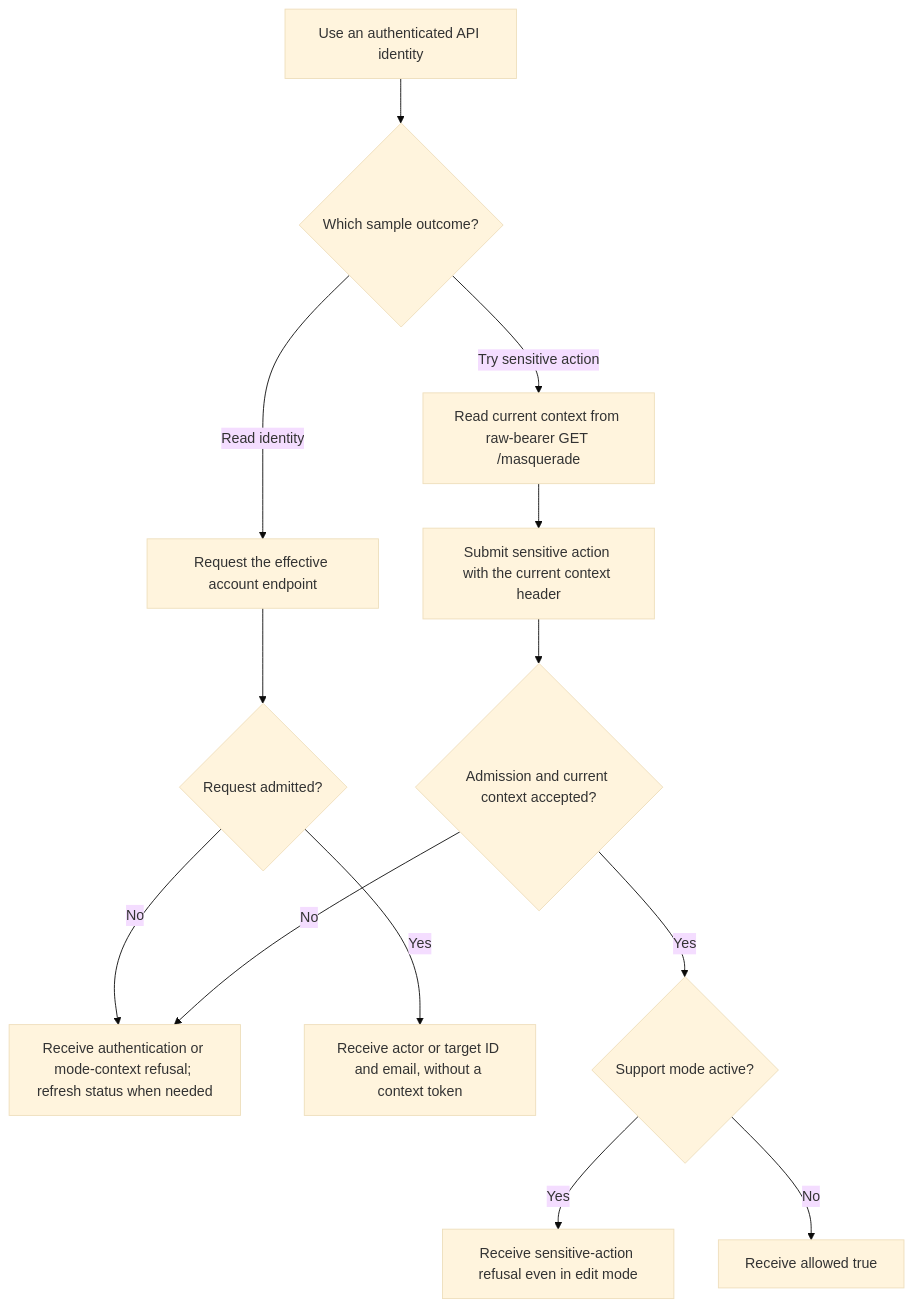
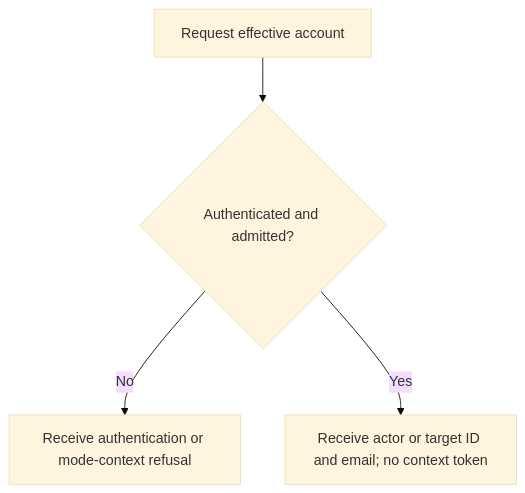
The first of 2 diagrams in user-stories/api/us-api-22-read-masquerade-sample.md (Kevinjohn/oss-adonisjs-starter-examples), drawn with Mermaid (base theme) before and after one commit. The commit also changed other lines of this file and 8 other files, not shown here.

````diff
--- a/user-stories/api/us-api-22-read-masquerade-sample.md
+++ b/user-stories/api/us-api-22-read-masquerade-sample.md
@@ -21,15 +20,6 @@
 ```mermaid
 flowchart TD
-    A["Use an authenticated API identity"] --> B{"Which sample outcome?"}
-    B -->|Read identity| C["Request the effective account endpoint"]
-    C --> D{"Request admitted?"}
-    D -->|No| E["Receive authentication or mode-context refusal; refresh status when needed"]
-    D -->|Yes| F["Receive actor or target ID and email, without a context token"]
-    B -->|Try sensitive action| G["Read current context from raw-bearer GET /masquerade"]
-    G --> H["Submit sensitive action with the current context header"]
-    H --> I{"Admission and current context accepted?"}
-    I -->|No| E
-    I -->|Yes| J{"Support mode active?"}
-    J -->|Yes| K["Receive sensitive-action refusal even in edit mode"]
-    J -->|No| L["Receive allowed true"]
+    A["Request effective account"] --> B{"Authenticated and admitted?"}
+    B -->|No| C["Receive authentication or mode-context refusal"]
+    B -->|Yes| D["Receive actor or target ID and email; no context token"]
 ```
````
